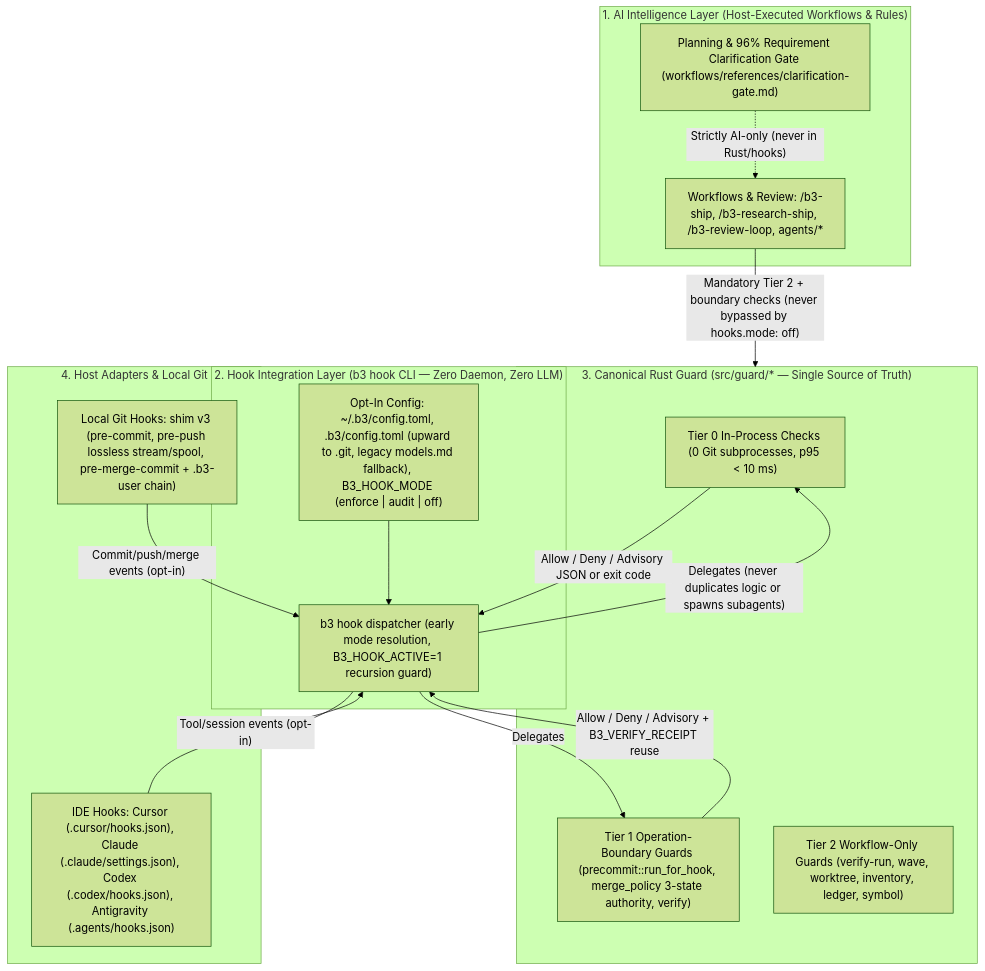
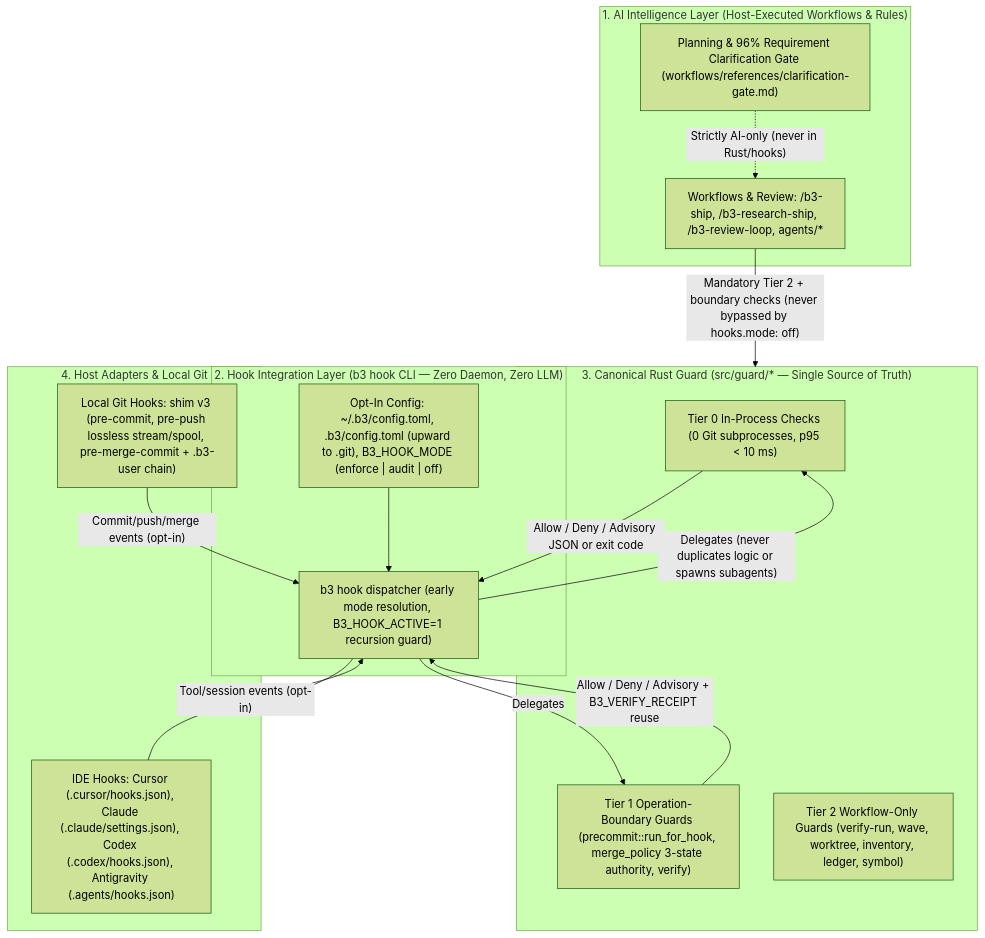
Before and after one commit to hptbee/b3_ai-engineering: the first of 2 diagrams in docs/hooks.md, drawn with Mermaid (forest theme). The commit also changed other lines of this file and 56 other files, not shown here.

````diff
--- a/docs/hooks.md
+++ b/docs/hooks.md
@@ -14,34 +14,34 @@
 ```mermaid
 flowchart TB
     subgraph AI["1. AI Intelligence Layer (Host-Executed Workflows & Rules)"]
         ai_plan["Planning & 96% Requirement Clarification Gate (workflows/references/clarification-gate.md)"]
         ai_work["Workflows & Review: /b3-ship, /b3-research-ship, /b3-review-loop, agents/*"]
     end
 
     subgraph HOOK["2. Hook Integration Layer (b3 hook CLI — Zero Daemon, Zero LLM)"]
-        hk_cfg["Opt-In Config: ~/.b3/config.toml, .b3/config.toml (upward to .git, legacy models.md fallback), B3_HOOK_MODE (enforce | audit | off)"]
+        hk_cfg["Opt-In Config: ~/.b3/config.toml, .b3/config.toml (upward to .git), B3_HOOK_MODE (enforce | audit | off)"]
         hk_disp["b3 hook dispatcher (early mode resolution, B3_HOOK_ACTIVE=1 recursion guard)"]
     end
 
     subgraph GUARD["3. Canonical Rust Guard (src/guard/* — Single Source of Truth)"]
         g_t0["Tier 0 In-Process Checks (0 Git subprocesses, p95 < 10 ms)"]
         g_t1["Tier 1 Operation-Boundary Guards (precommit::run_for_hook, merge_policy 3-state authority, verify)"]
         g_t2["Tier 2 Workflow-Only Guards (verify-run, wave, worktree, inventory, ledger, symbol)"]
     end
 
     subgraph HOSTS["4. Host Adapters & Local Git"]
         h_ide["IDE Hooks: Cursor (.cursor/hooks.json), Claude (.claude/settings.json), Codex (.codex/hooks.json), Antigravity (.agents/hooks.json)"]
         h_git["Local Git Hooks: shim v3 (pre-commit, pre-push lossless stream/spool, pre-merge-commit + .b3-user chain)"]
     end
 
     ai_plan -.->|"Strictly AI-only (never in Rust/hooks)"| ai_work
     ai_work -->|"Mandatory Tier 2 + boundary checks (never bypassed by hooks.mode: off)"| GUARD
     h_ide -->|"Tool/session events (opt-in)"| hk_disp
     h_git -->|"Commit/push/merge events (opt-in)"| hk_disp
     hk_cfg --> hk_disp
     hk_disp -->|"Delegates (never duplicates logic or spawns subagents)"| g_t0
     hk_disp -->|"Delegates"| g_t1
     g_t0 -->|"Allow / Deny / Advisory JSON or exit code"| hk_disp
     g_t1 -->|"Allow / Deny / Advisory + B3_VERIFY_RECEIPT reuse"| hk_disp
     hk_disp --> HOSTS
 ```
````
